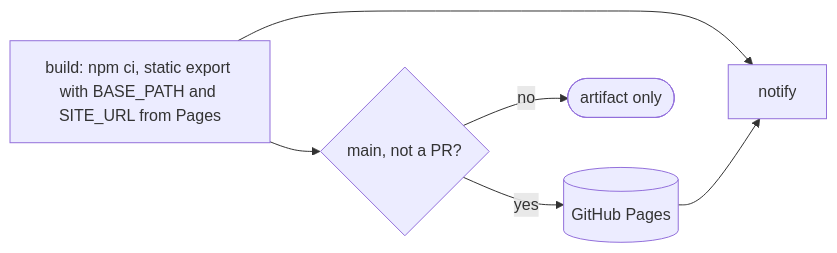
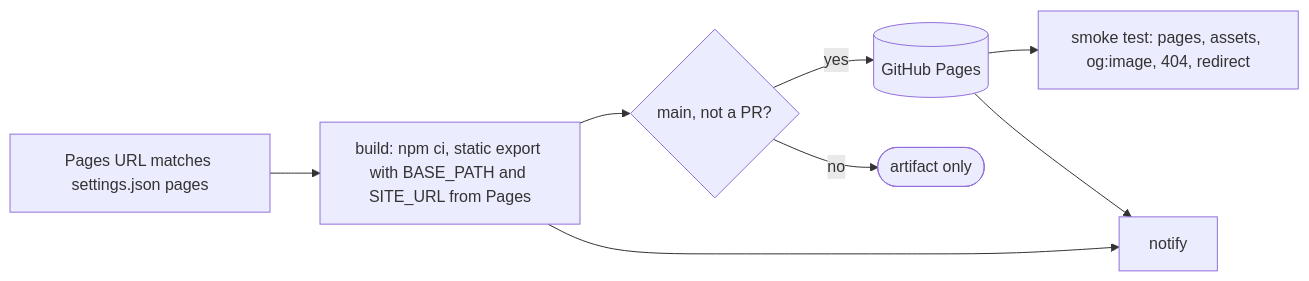
Before and after one commit to octopot/indexit: the fourth of 10 diagrams in .github/workflows/README.md, drawn with Mermaid. The commit also changed other lines of this file and 9 other files, not shown here.

Commit message:
feat(ci/cd): pin the Pages domain and smoke-test deployments

````diff
--- a/.github/workflows/README.md
+++ b/.github/workflows/README.md
@@ -101,7 +101,7 @@
 ```mermaid
 flowchart LR
-  build[build: npm ci, static export with BASE_PATH and SITE_URL from Pages] --> deploy{main, not a PR?}
-  deploy -- yes --> pages[(GitHub Pages)]
+  check[Pages URL matches settings.json pages] --> build[build: npm ci, static export with BASE_PATH and SITE_URL from Pages] --> deploy{main, not a PR?}
+  deploy -- yes --> pages[(GitHub Pages)] --> smoke[smoke test: pages, assets, og:image, 404, redirect]
   deploy -- no --> skip([artifact only])
   build & pages --> notify[notify]
 ```
````
